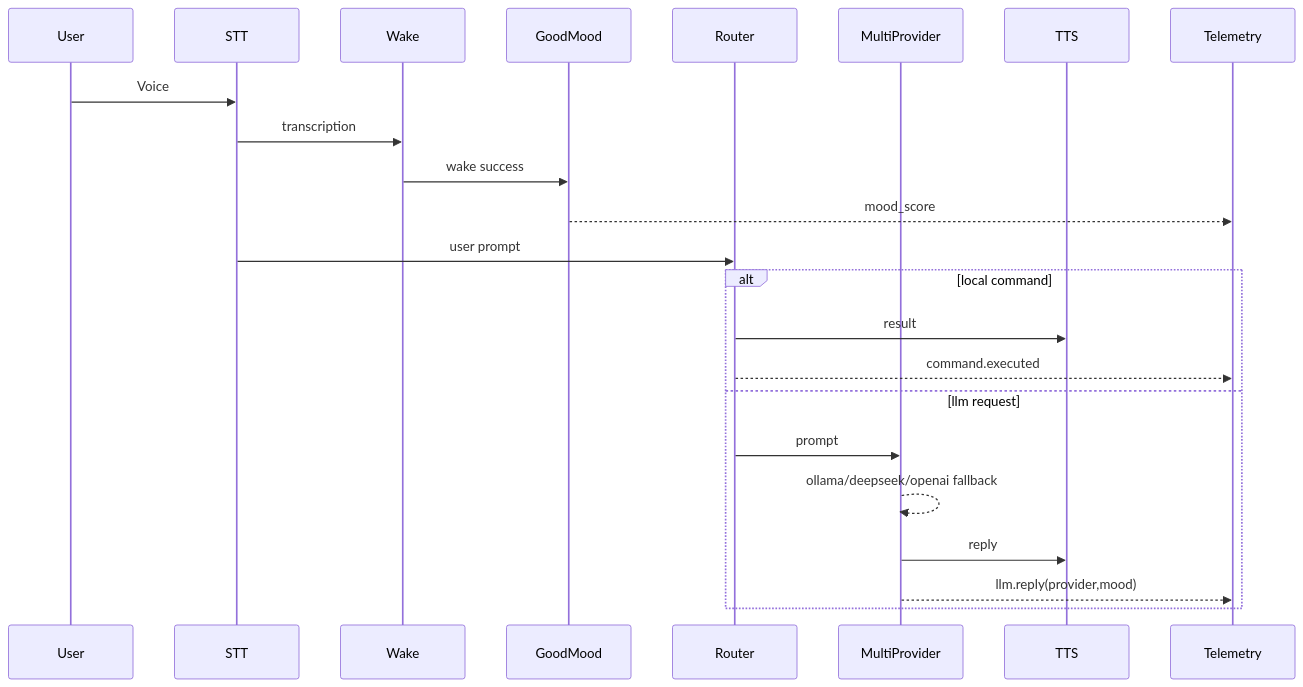
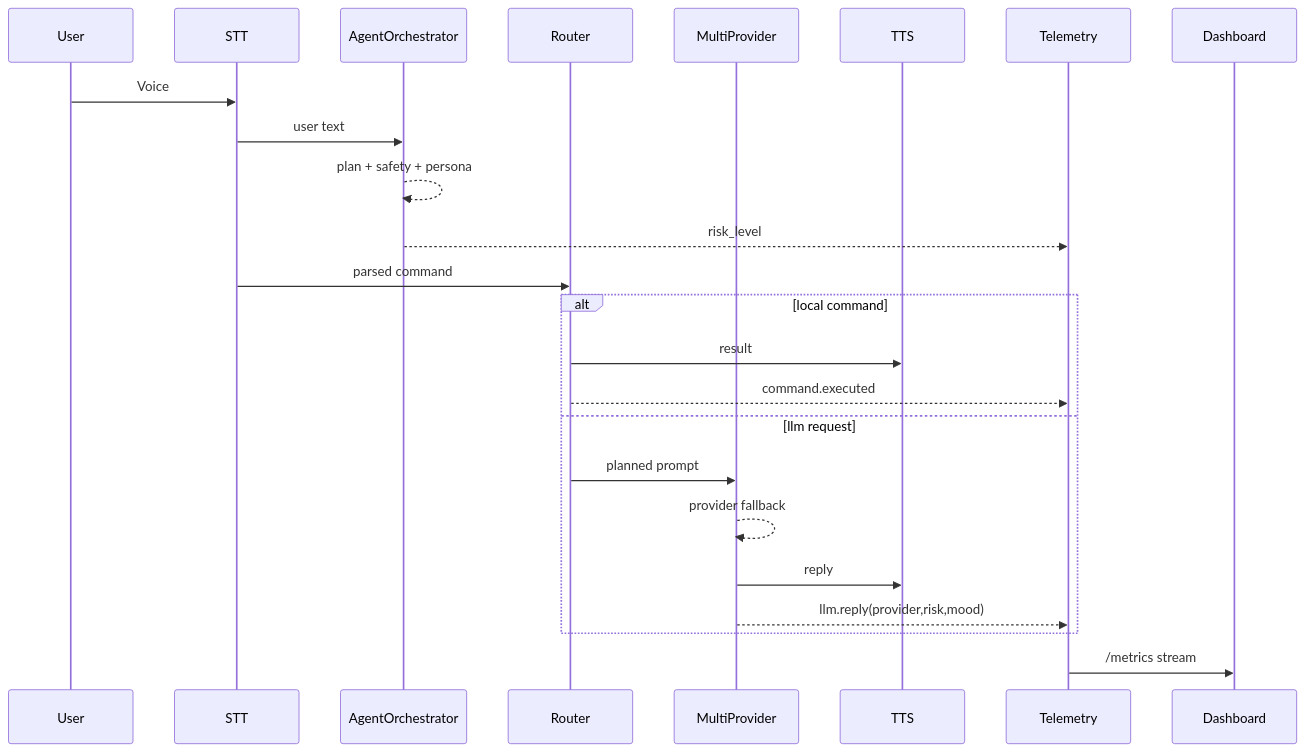
Before and after one commit to redcs-cyber/.github: the diagram in jarvis/ARCHITECTURE.md, drawn with Mermaid. The commit also changed other lines of this file and 6 other files, not shown here.

Commit message:
Upgrade to pro Jarvis with agent orchestration and Mission Control dashboard

````diff
--- a/jarvis/ARCHITECTURE.md
+++ b/jarvis/ARCHITECTURE.md
@@ -12,27 +12,29 @@
 ```mermaid
 sequenceDiagram
   participant U as User
   participant S as STT
-  participant W as Wake
-  participant G as GoodMood
+  participant A as AgentOrchestrator
   participant R as Router
   participant B as MultiProvider
   participant T as TTS
   participant O as Telemetry
+  participant D as Dashboard
 
   U->>S: Voice
-  S->>W: transcription
-  W->>G: wake success
-  G-->>O: mood_score
-  S->>R: user prompt
+  S->>A: user text
+  A-->>A: plan + safety + persona
+  A-->>O: risk_level
+  S->>R: parsed command
 
   alt local command
     R->>T: result
     R-->>O: command.executed
   else llm request
-    R->>B: prompt
-    B-->>B: ollama/deepseek/openai fallback
+    R->>B: planned prompt
+    B-->>B: provider fallback
     B->>T: reply
-    B-->>O: llm.reply(provider,mood)
+    B-->>O: llm.reply(provider,risk,mood)
   end
+
+  O->>D: /metrics stream
 ```
````
